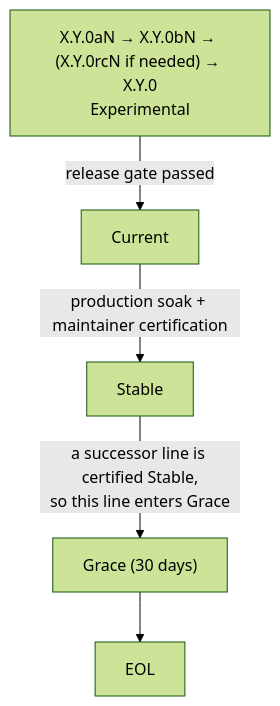
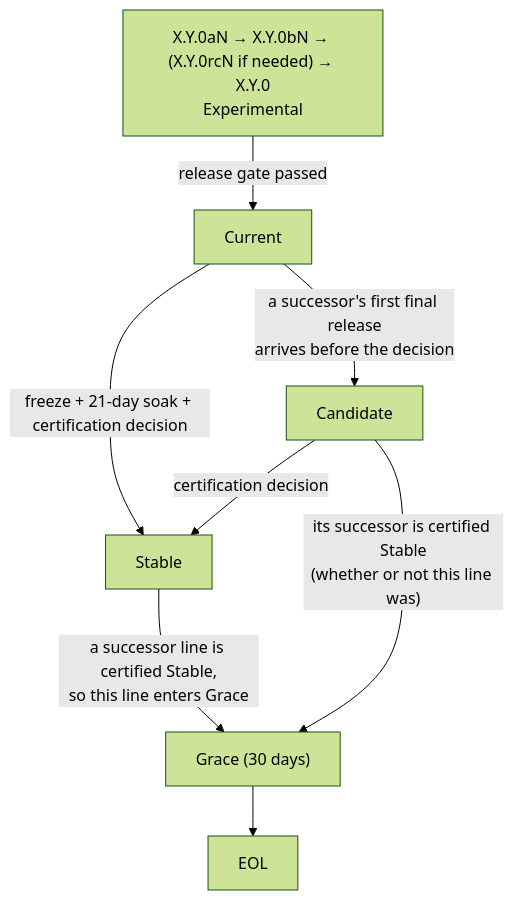
Before and after one commit to Cloto-dev/CPersona: the diagram in docs/RELEASE_LIFECYCLE_STANDARD.md, drawn with Mermaid (forest theme). The commit also changed other lines of this file and 2 other files, not shown here.

First line of the commit message:
Release Lifecycle Standard v1.4: bound the soak, decouple lines (#201)

````diff
--- a/docs/RELEASE_LIFECYCLE_STANDARD.md
+++ b/docs/RELEASE_LIFECYCLE_STANDARD.md
@@ -45,12 +46,16 @@
 ```mermaid
 flowchart TB
     pre["X.Y.0aN → X.Y.0bN → (X.Y.0rcN if needed) → X.Y.0<br>Experimental"]
     cur["Current"]
     sta["Stable"]
     gra["Grace (30 days)"]
     eol["EOL"]
+    cand["Candidate"]
     pre -- "release gate passed" --> cur
-    cur -- "production soak + maintainer certification" --> sta
+    cur -- "freeze + 21-day soak + certification decision" --> sta
+    cur -- "a successor's first final release<br>arrives before the decision" --> cand
+    cand -- "certification decision" --> sta
+    cand -- "its successor is certified Stable<br>(whether or not this line was)" --> gra
     sta -- "a successor line is certified Stable,<br>so this line enters Grace" --> gra
     gra --> eol
 ```
````
